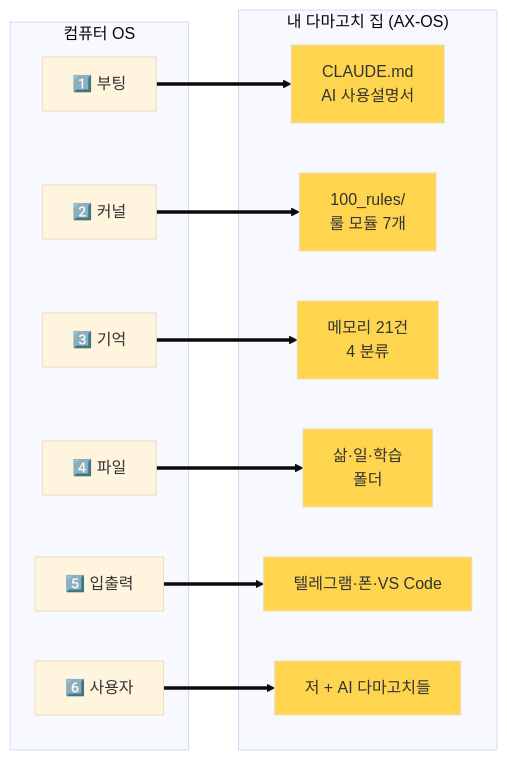
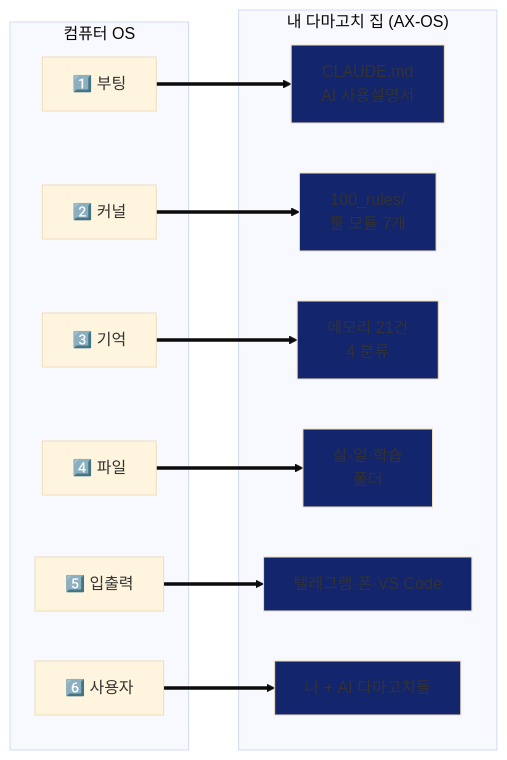
One commit to spongeclub/spongeclub_1 changed the second of 4 diagrams in 02_mission/2주차_0517/4조/4조_먼지민(석지민)_2주차_submit.md. Above: the diagram before and after it, drawn with Mermaid (base theme). The commit also changed other lines of this file, not shown here.

Commit message:
[mission] 4조 먼지민 - 2주차 최종 제출

````diff
--- a/02_mission/2주차_0517/4조/4조_먼지민(석지민)_2주차_submit.md
+++ b/02_mission/2주차_0517/4조/4조_먼지민(석지민)_2주차_submit.md
@@ -69,31 +69,31 @@
 ```mermaid
 flowchart LR
     subgraph "컴퓨터 OS"
         A[1️⃣ 부팅]
         B[2️⃣ 커널]
         C[3️⃣ 기억]
         D[4️⃣ 파일]
         E[5️⃣ 입출력]
         F[6️⃣ 사용자]
     end
     subgraph "내 다마고치 집 (AX-OS)"
         A1[CLAUDE.md<br/>AI 사용설명서]
         B1[100_rules/<br/>룰 모듈 7개]
         C1[메모리 21건<br/>4 분류]
         D1[삶·일·학습<br/>폴더]
         E1[텔레그램·폰·VS Code]
-        F1[저 + AI 다마고치들]
+        F1[나 + AI 다마고치들]
     end
     A ==> A1
     B ==> B1
     C ==> C1
     D ==> D1
     E ==> E1
     F ==> F1
-    style A1 fill:#FFD54F
-    style B1 fill:#FFD54F
-    style C1 fill:#FFD54F
-    style D1 fill:#FFD54F
-    style E1 fill:#FFD54F
-    style F1 fill:#FFD54F
+    style A1 fill:#13256d
+    style B1 fill:#13256d
+    style C1 fill:#13256d
+    style D1 fill:#13256d
+    style E1 fill:#13256d
+    style F1 fill:#13256d
 ```
````
